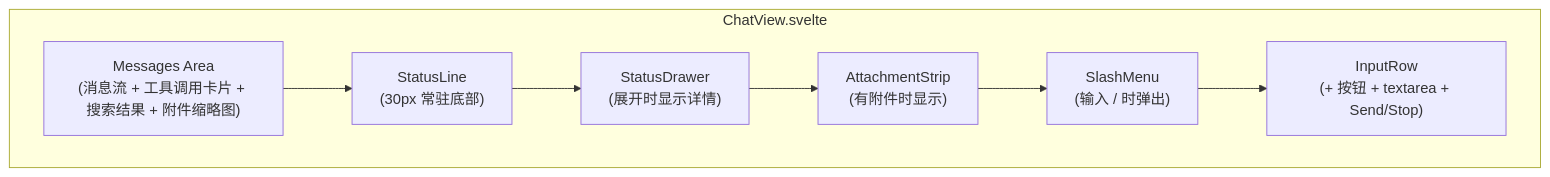
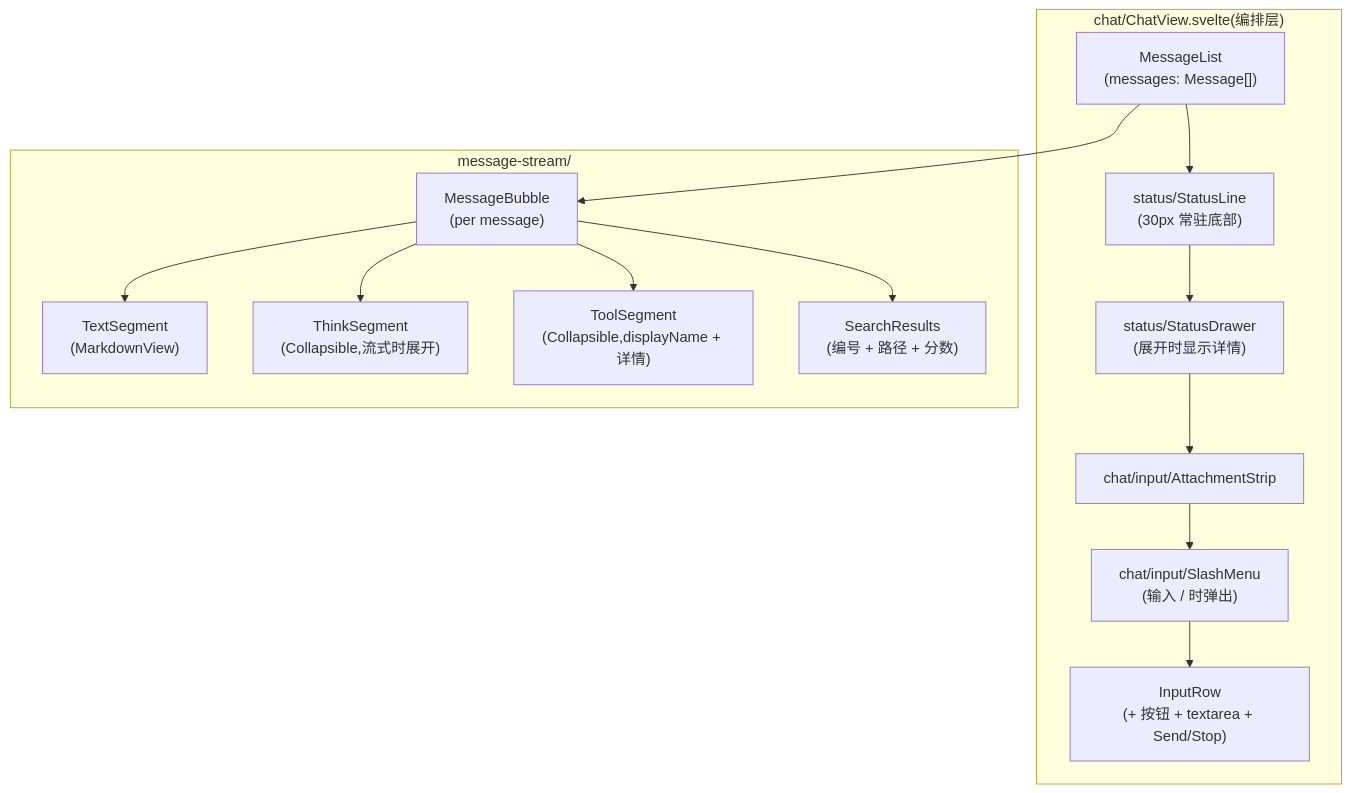
Before and after one commit to golddream-y/obsidian-ratel: the third of 6 diagrams in docs/architecture/agent/chat.md, drawn with Mermaid. The commit also changed other lines of this file and 54 other files, not shown here.

First line of the commit message:
feat(s-msg-stream): Chat 消息流重构 — segments 判别联合 + token 三层校准

````diff
--- a/docs/architecture/agent/chat.md
+++ b/docs/architecture/agent/chat.md
@@ -122,17 +146,30 @@
 ```mermaid
 graph TB
-    subgraph "ChatView.svelte"
-        Messages["Messages Area<br/>(消息流 + 工具调用卡片 + 搜索结果 + 附件缩略图)"]
-        StatusLine["StatusLine<br/>(30px 常驻底部)"]
-        StatusDrawer["StatusDrawer<br/>(展开时显示详情)"]
-        AttachmentStrip["AttachmentStrip<br/>(有附件时显示)"]
-        SlashMenu["SlashMenu<br/>(输入 / 时弹出)"]
-        InputRow["InputRow<br/>(+ 按钮 + textarea + Send/Stop)"]
+    subgraph "chat/ChatView.svelte(编排层)"
+        ML["MessageList<br/>(messages: Message[])"]
+        SL["status/StatusLine<br/>(30px 常驻底部)"]
+        SD["status/StatusDrawer<br/>(展开时显示详情)"]
+        AS["chat/input/AttachmentStrip"]
+        SM["chat/input/SlashMenu<br/>(输入 / 时弹出)"]
+        IR["InputRow<br/>(+ 按钮 + textarea + Send/Stop)"]
     end
 
-    Messages --> StatusLine
-    StatusLine --> StatusDrawer
-    StatusDrawer --> AttachmentStrip
-    AttachmentStrip --> SlashMenu
-    SlashMenu --> InputRow
+    subgraph "message-stream/"
+        MB["MessageBubble<br/>(per message)"]
+        TS["TextSegment<br/>(MarkdownView)"]
+        TK["ThinkSegment<br/>(Collapsible,流式时展开)"]
+        TL["ToolSegment<br/>(Collapsible,displayName + 详情)"]
+        SR["SearchResults<br/>(编号 + 路径 + 分数)"]
+    end
+
+    ML --> MB
+    MB --> TS
+    MB --> TK
+    MB --> TL
+    MB --> SR
+    ML --> SL
+    SL --> SD
+    SD --> AS
+    AS --> SM
+    SM --> IR
 ```
````
